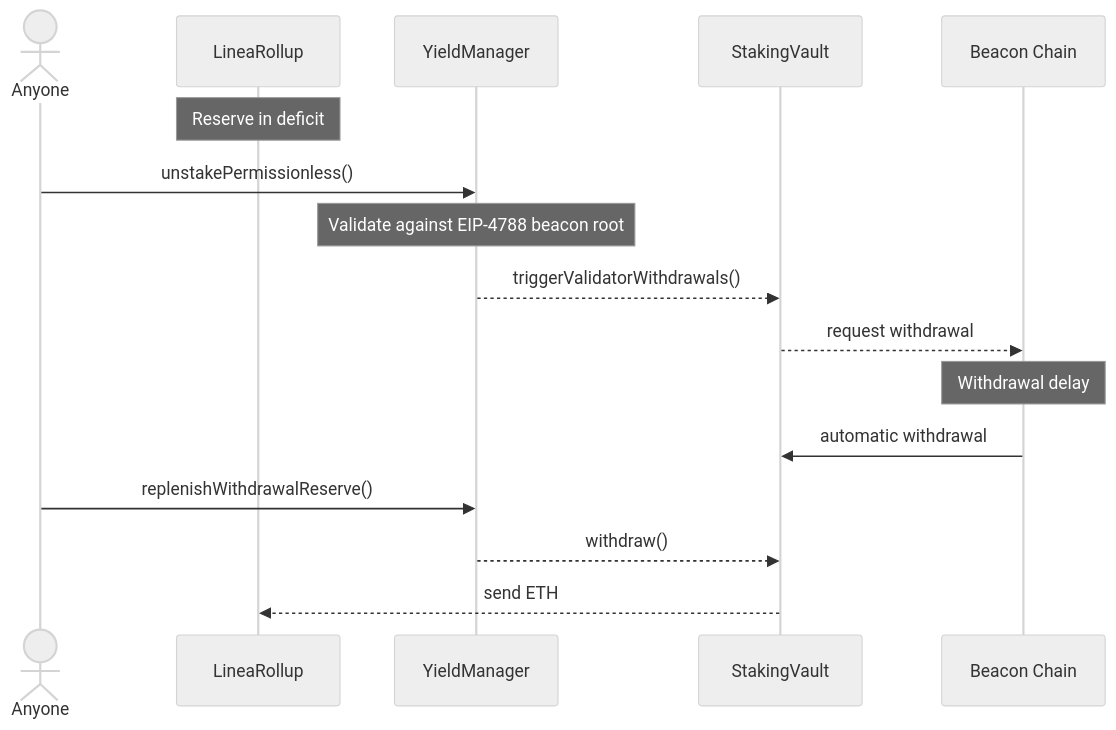
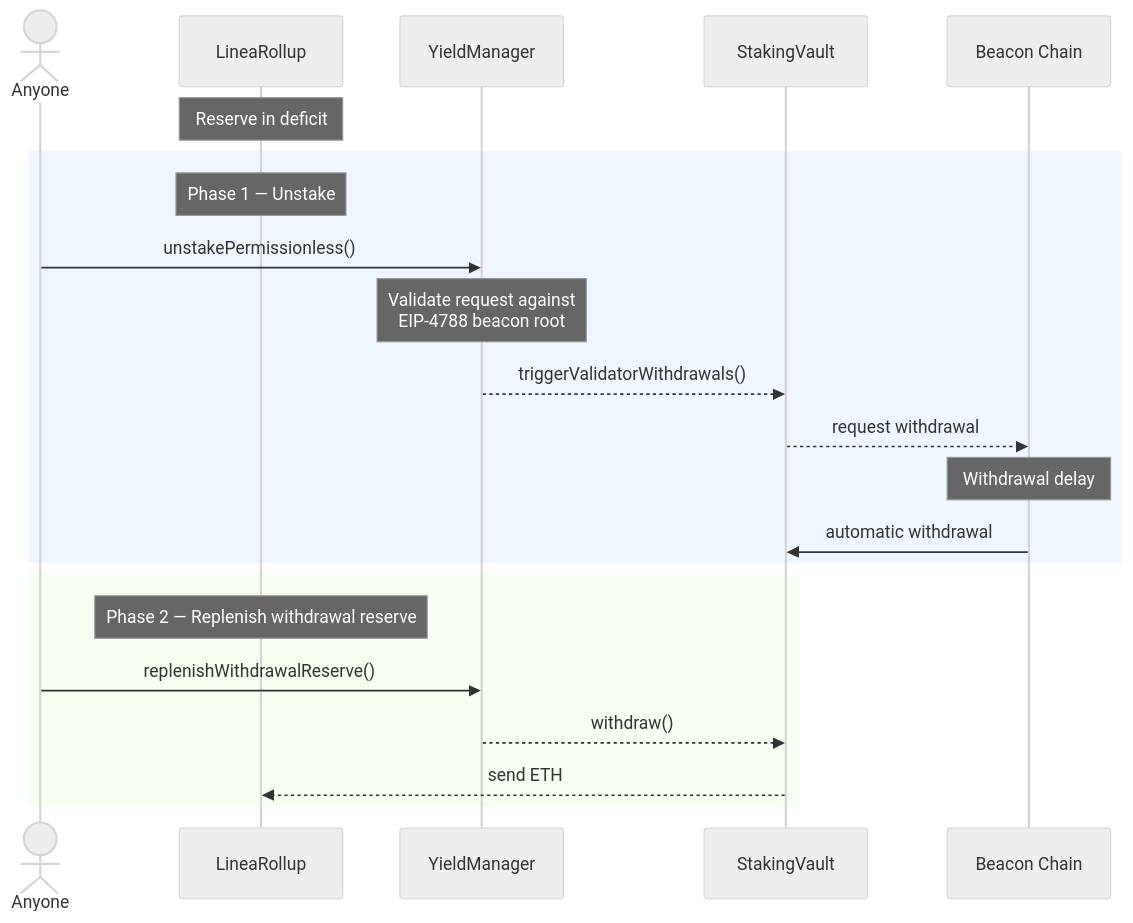
The sixth of 8 diagrams in docs/yield-boost-fund-flow.md (Consensys/linea-monorepo), drawn with Mermaid (neutral theme) before and after one commit. The commit also changed other lines of this file, not shown here.

First line of the commit message:
docs: add visual phase grouping to reserve replenishment diagrams

````diff
--- a/docs/yield-boost-fund-flow.md
+++ b/docs/yield-boost-fund-flow.md
@@ -168,20 +172,26 @@
 ```mermaid
 sequenceDiagram
     actor U as Anyone
     participant LR as LineaRollup
     participant YM as YieldManager
     participant SV as StakingVault
     participant BC as Beacon Chain
+    Note over LR: Reserve in deficit
 
-    Note over LR: Reserve in deficit
-    U->>YM: unstakePermissionless()
-    Note over YM: Validate against EIP-4788 beacon root
-    YM-->>SV: triggerValidatorWithdrawals()
-    SV-->>BC: request withdrawal
-    Note over BC: Withdrawal delay
-    BC->>SV: automatic withdrawal
+    rect rgba(230, 240, 255, 0.6)
+        Note over LR: Phase 1 — Unstake
+        U->>YM: unstakePermissionless()
+        Note over YM: Validate request against <br/> EIP-4788 beacon root
+        YM-->>SV: triggerValidatorWithdrawals()
+        SV-->>BC: request withdrawal
+        Note over BC: Withdrawal delay
+        BC->>SV: automatic withdrawal
+    end
 
-    U->>YM: replenishWithdrawalReserve()
-    YM-->>SV: withdraw()
-    SV-->>LR: send ETH
+    rect rgba(240, 255, 230, 0.6)
+        Note over LR: Phase 2 — Replenish withdrawal reserve
+        U->>YM: replenishWithdrawalReserve()
+        YM-->>SV: withdraw()
+        SV-->>LR: send ETH
+    end
 ```
````
